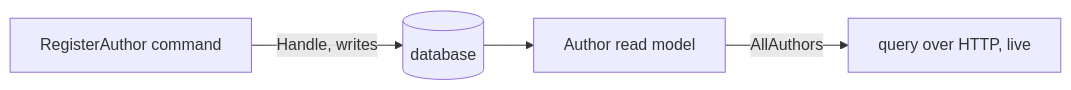
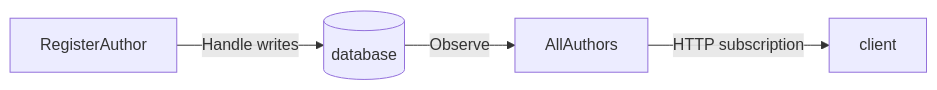
The diagram in Documentation/backend/getting-started/your-first-command.mdx (Cratis/Arc), drawn with Mermaid before and after one commit. The commit also changed other lines of this file and 272 other files, not shown here.

````diff
--- a/Documentation/backend/getting-started/your-first-command.mdx
+++ b/Documentation/backend/getting-started/your-first-command.mdx
@@ -12,6 +14,6 @@
 ```mermaid
 flowchart LR
-    Cmd["RegisterAuthor command"] -->|Handle, writes| DB[("database")]
-    DB --> RM["Author read model"]
-    RM -->|AllAuthors| Q["query over HTTP, live"]
+    Cmd[RegisterAuthor] -->|Handle writes| DB[(database)]
+    DB -->|Observe| Q[AllAuthors]
+    Q -->|HTTP subscription| Client[client]
 ```
````
